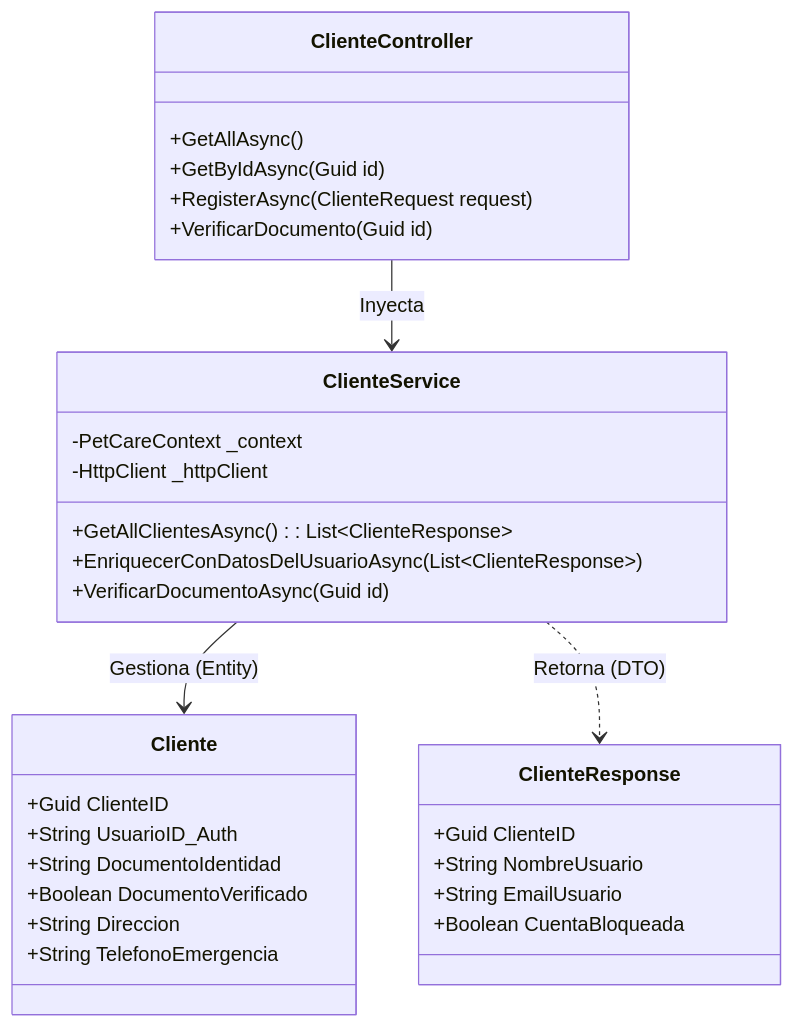
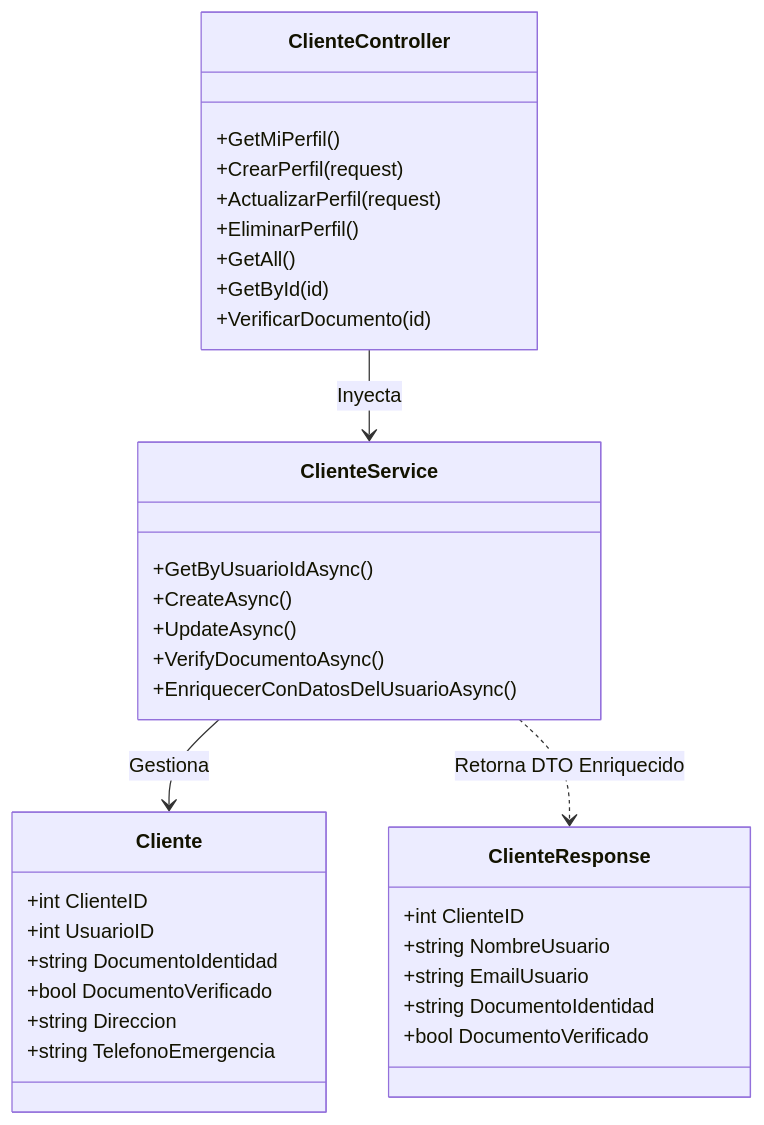
One commit to WooshC/PetCare-DSS changed the second of 2 diagrams in backend/cliente-service/README.md. Above: the diagram before and after it, drawn with Mermaid. The commit also changed other lines of this file and 4 other files, not shown here.

````diff
--- a/backend/cliente-service/README.md
+++ b/backend/cliente-service/README.md
@@ -56,42 +60,46 @@
 ```mermaid
 classDiagram
     %% Estilos
     classDef controller fill:#ffe0b2,stroke:#f57c00,stroke-width:1px
     classDef service fill:#bbdefb,stroke:#1976d2,stroke-width:1px
     classDef model fill:#c8e6c9,stroke:#388e3c,stroke-width:1px
 
     class ClienteController:::controller {
-        +GetAllAsync()
-        +GetByIdAsync(Guid id)
-        +RegisterAsync(ClienteRequest request)
-        +VerificarDocumento(Guid id)
+        +GetMiPerfil()
+        +CrearPerfil(request)
+        +ActualizarPerfil(request)
+        +EliminarPerfil()
+        +GetAll()
+        +GetById(id)
+        +VerificarDocumento(id)
     }
 
     class ClienteService:::service {
-        -PetCareContext _context
-        -HttpClient _httpClient
-        +GetAllClientesAsync() : List~ClienteResponse~
-        +EnriquecerConDatosDelUsuarioAsync(List~ClienteResponse~)
-        +VerificarDocumentoAsync(Guid id)
+        +GetByUsuarioIdAsync()
+        +CreateAsync()
+        +UpdateAsync()
+        +VerifyDocumentoAsync()
+        +EnriquecerConDatosDelUsuarioAsync()
     }
 
     class Cliente:::model {
-        +Guid ClienteID
-        +String UsuarioID_Auth
-        +String DocumentoIdentidad
-        +Boolean DocumentoVerificado
-        +String Direccion
-        +String TelefonoEmergencia
+        +int ClienteID
+        +int UsuarioID
+        +string DocumentoIdentidad
+        +bool DocumentoVerificado
+        +string Direccion
+        +string TelefonoEmergencia
     }
 
     class ClienteResponse:::model {
-        +Guid ClienteID
-        +String NombreUsuario
-        +String EmailUsuario
-        +Boolean CuentaBloqueada
+        +int ClienteID
+        +string NombreUsuario
+        +string EmailUsuario
+        +string DocumentoIdentidad
+        +bool DocumentoVerificado
     }
 
     ClienteController --> ClienteService : Inyecta
-    ClienteService --> Cliente : Gestiona (Entity)
-    ClienteService ..> ClienteResponse : Retorna (DTO)
+    ClienteService --> Cliente : Gestiona
+    ClienteService ..> ClienteResponse : Retorna DTO Enriquecido
 ```
````
